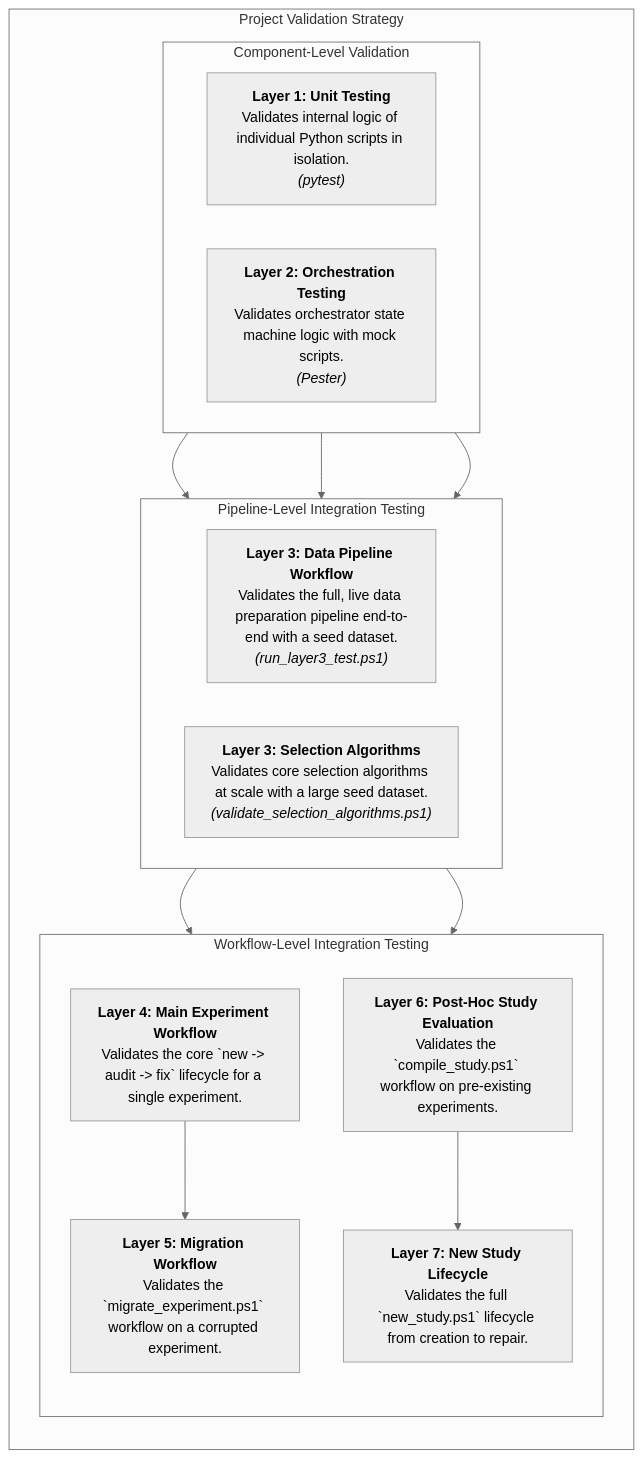
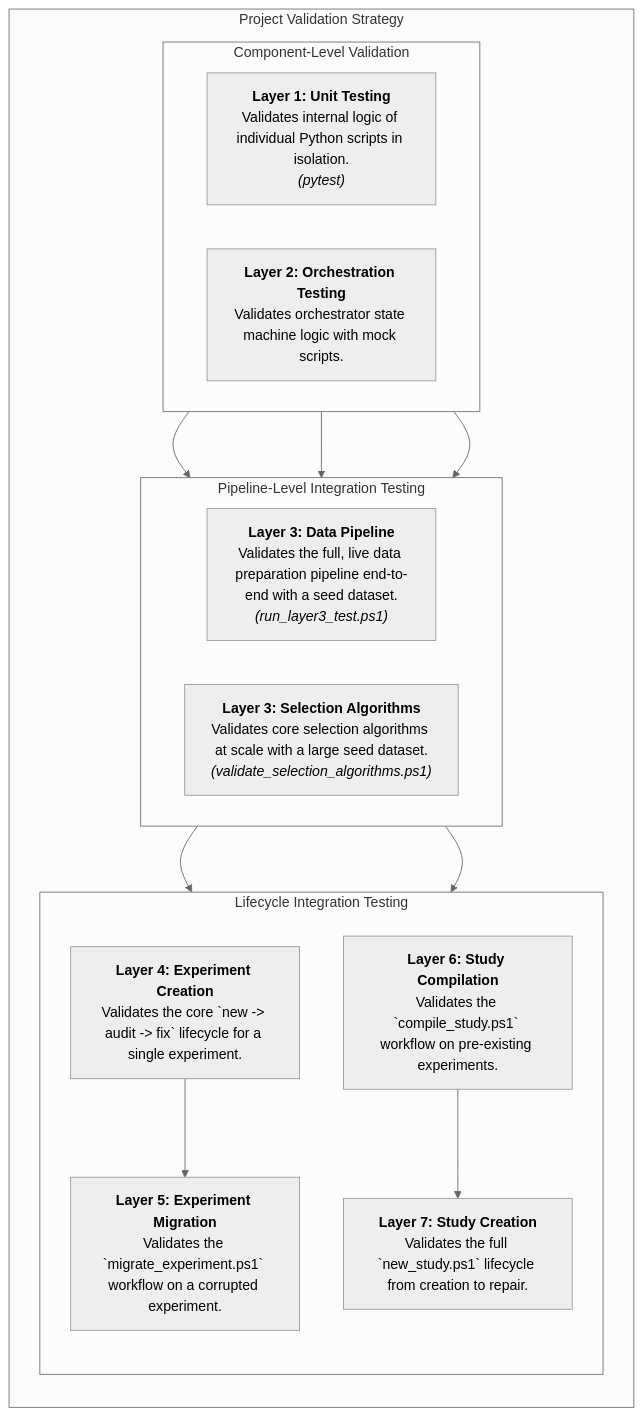
The diagram in docs/diagrams/test_strategy_overview.mmd (peterjmarko/llm-narrative-framework), drawn with Mermaid (neutral theme) before and after one commit. The commit also changed 8 other files, not shown here.

```diff
--- a/docs/diagrams/test_strategy_overview.mmd
+++ b/docs/diagrams/test_strategy_overview.mmd
@@ -1,32 +1,32 @@
 graph TD
     subgraph Project Validation Strategy
         direction TB
 
         subgraph "Component-Level Validation"
             direction LR
             L1["<b>Layer 1: Unit Testing</b><br/>Validates internal logic of individual Python scripts in isolation.<br/><i>(pytest)</i>"]
-            L2["<b>Layer 2: Orchestration Testing</b><br/>Validates orchestrator state machine logic with mock scripts.<br/><i>(Pester)</i>"]
+            L2["<b>Layer 2: Orchestration Testing</b><br/>Validates orchestrator state machine logic with mock scripts.<br/>"]
         end
 
         subgraph "Pipeline-Level Integration Testing"
             direction LR
-            L3A["<b>Layer 3: Data Pipeline Workflow</b><br/>Validates the full, live data preparation pipeline end-to-end with a seed dataset.<br/><i>(run_layer3_test.ps1)</i>"]
+            L3A["<b>Layer 3: Data Pipeline</b><br/>Validates the full, live data preparation pipeline end-to-end with a seed dataset.<br/><i>(run_layer3_test.ps1)</i>"]
             L3B["<b>Layer 3: Selection Algorithms</b><br/>Validates core selection algorithms at scale with a large seed dataset.<br/><i>(validate_selection_algorithms.ps1)</i>"]
         end
         
-        subgraph "Workflow-Level Integration Testing"
+        subgraph "Lifecycle Integration Testing"
             direction TB
-            L4["<b>Layer 4: Main Experiment Workflow</b><br/>Validates the core `new -> audit -> fix` lifecycle for a single experiment."]
-            L5["<b>Layer 5: Migration Workflow</b><br/>Validates the `migrate_experiment.ps1` workflow on a corrupted experiment."]
-            L6["<b>Layer 6: Post-Hoc Study Evaluation</b><br/>Validates the `compile_study.ps1` workflow on pre-existing experiments."]
-            L7["<b>Layer 7: New Study Lifecycle</b><br/>Validates the full `new_study.ps1` lifecycle from creation to repair."]
+            L4["<b>Layer 4: Experiment Creation</b><br/>Validates the core `new -> audit -> fix` lifecycle for a single experiment."]
+            L5["<b>Layer 5: Experiment Migration</b><br/>Validates the `migrate_experiment.ps1` workflow on a corrupted experiment."]
+            L6["<b>Layer 6: Study Compilation</b><br/>Validates the `compile_study.ps1` workflow on pre-existing experiments."]
+            L7["<b>Layer 7: Study Creation</b><br/>Validates the full `new_study.ps1` lifecycle from creation to repair."]
         end
         
         L1 --> L3A
         L2 --> L3A
         L1 --> L3B
         L3A --> L4
         L4 --> L5
         L3A --> L6
         L6 --> L7
     end
```
